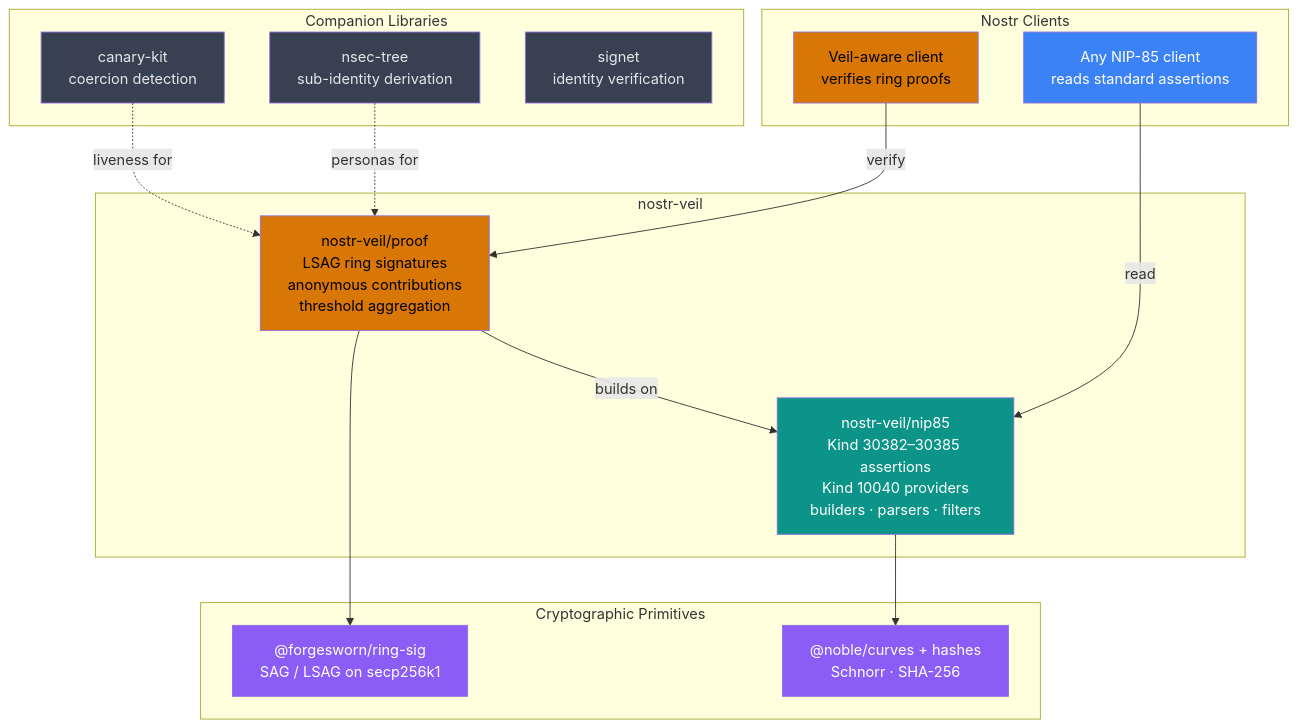
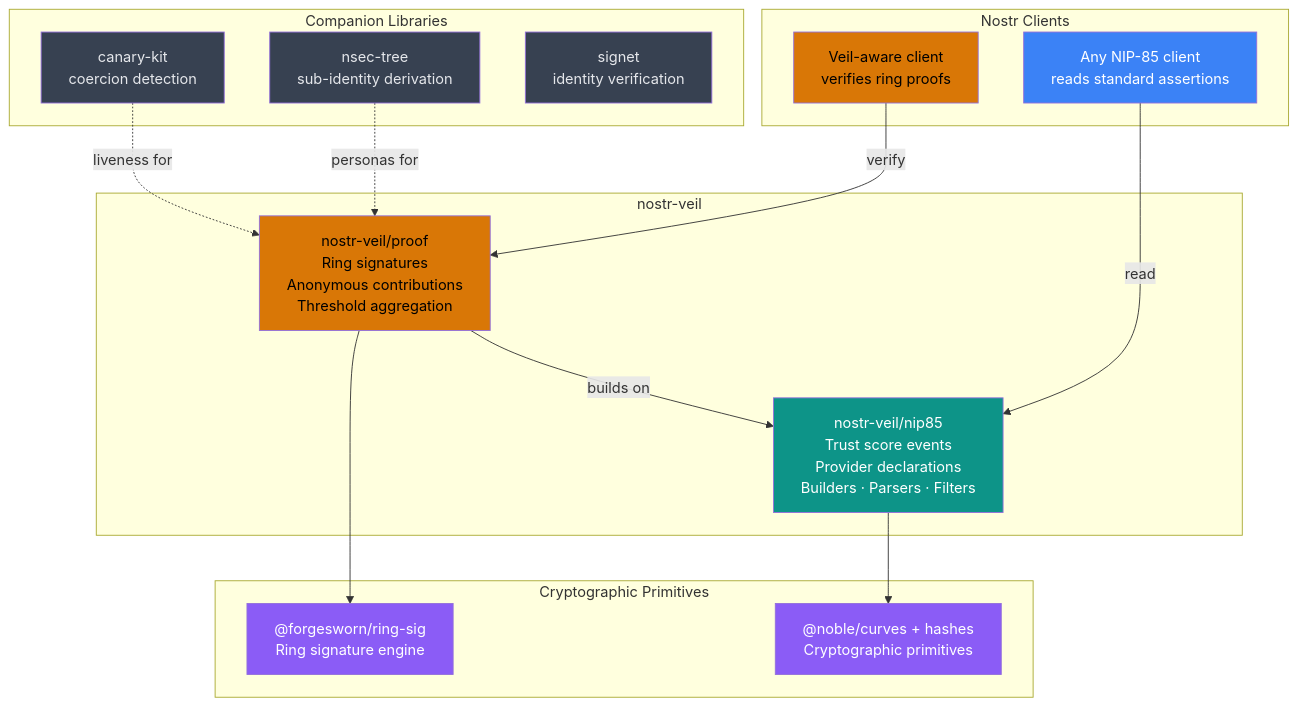
The diagram in README.md (forgesworn/nostr-veil), drawn with Mermaid before and after one commit. The commit also changed other lines of this file and 6 other files, not shown here.

````diff
--- a/README.md
+++ b/README.md
@@ -33,41 +45,41 @@
 ```mermaid
 graph TB
   subgraph Consumers["Nostr Clients"]
     any["Any NIP-85 client<br/>reads standard assertions"]
     veil["Veil-aware client<br/>verifies ring proofs"]
   end
 
   subgraph Veil["nostr-veil"]
-    proof["nostr-veil/proof<br/>LSAG ring signatures<br/>anonymous contributions<br/>threshold aggregation"]
-    nip85["nostr-veil/nip85<br/>Kind 30382–30385 assertions<br/>Kind 10040 providers<br/>builders · parsers · filters"]
+    proof["nostr-veil/proof<br/>Ring signatures<br/>Anonymous contributions<br/>Threshold aggregation"]
+    nip85["nostr-veil/nip85<br/>Trust score events<br/>Provider declarations<br/>Builders · Parsers · Filters"]
   end
 
   subgraph Crypto["Cryptographic Primitives"]
-    ringsig["@forgesworn/ring-sig<br/>SAG / LSAG on secp256k1"]
-    noble["@noble/curves + hashes<br/>Schnorr · SHA-256"]
+    ringsig["@forgesworn/ring-sig<br/>Ring signature engine"]
+    noble["@noble/curves + hashes<br/>Cryptographic primitives"]
   end
 
   subgraph Companions["Companion Libraries"]
     nsec["nsec-tree<br/>sub-identity derivation"]
     canary["canary-kit<br/>coercion detection"]
     signet["signet<br/>identity verification"]
   end
 
   any -->|"read"| nip85
   veil -->|"verify"| proof
   proof -->|"builds on"| nip85
   proof --> ringsig
   nip85 --> noble
   nsec -.->|"personas for"| proof
   canary -.->|"liveness for"| proof
 
   style any fill:#3b82f6,color:#fff
   style veil fill:#d97706,color:#000
   style proof fill:#d97706,color:#000
   style nip85 fill:#0d9488,color:#fff
   style ringsig fill:#8b5cf6,color:#fff
   style noble fill:#8b5cf6,color:#fff
   style nsec fill:#374151,color:#e5e7eb
   style canary fill:#374151,color:#e5e7eb
   style signet fill:#374151,color:#e5e7eb
 ```
````
